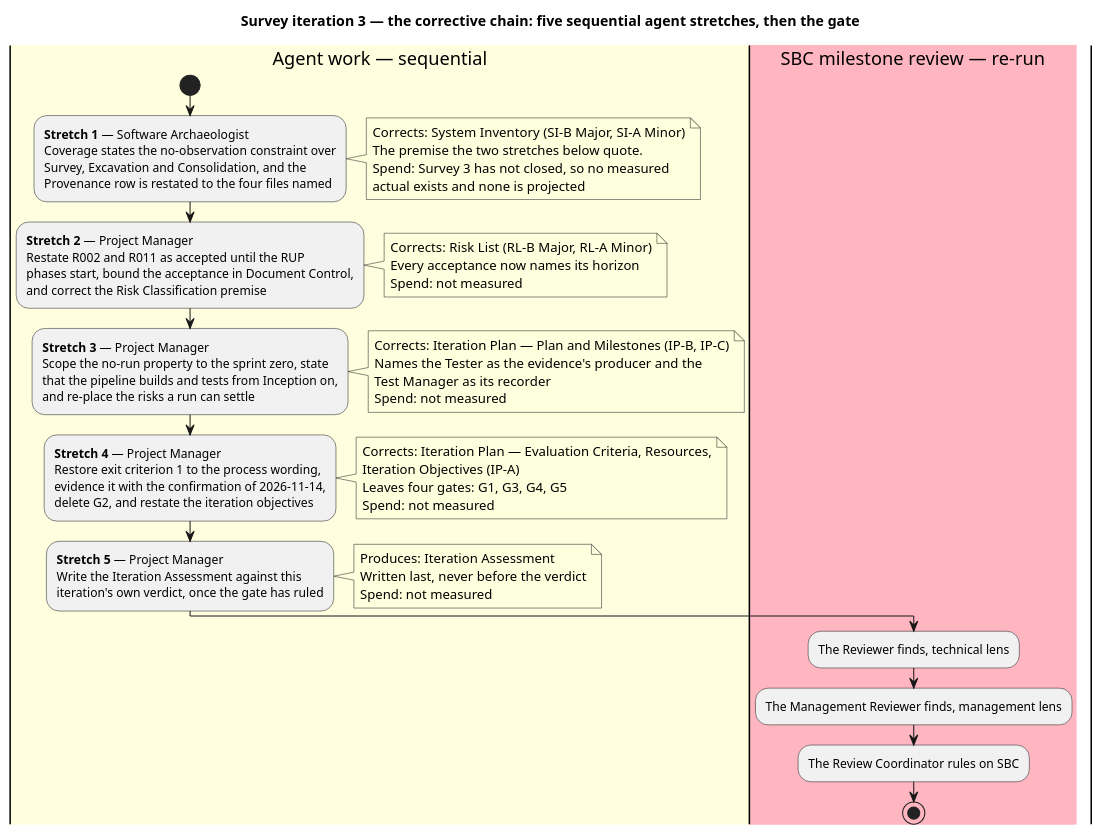
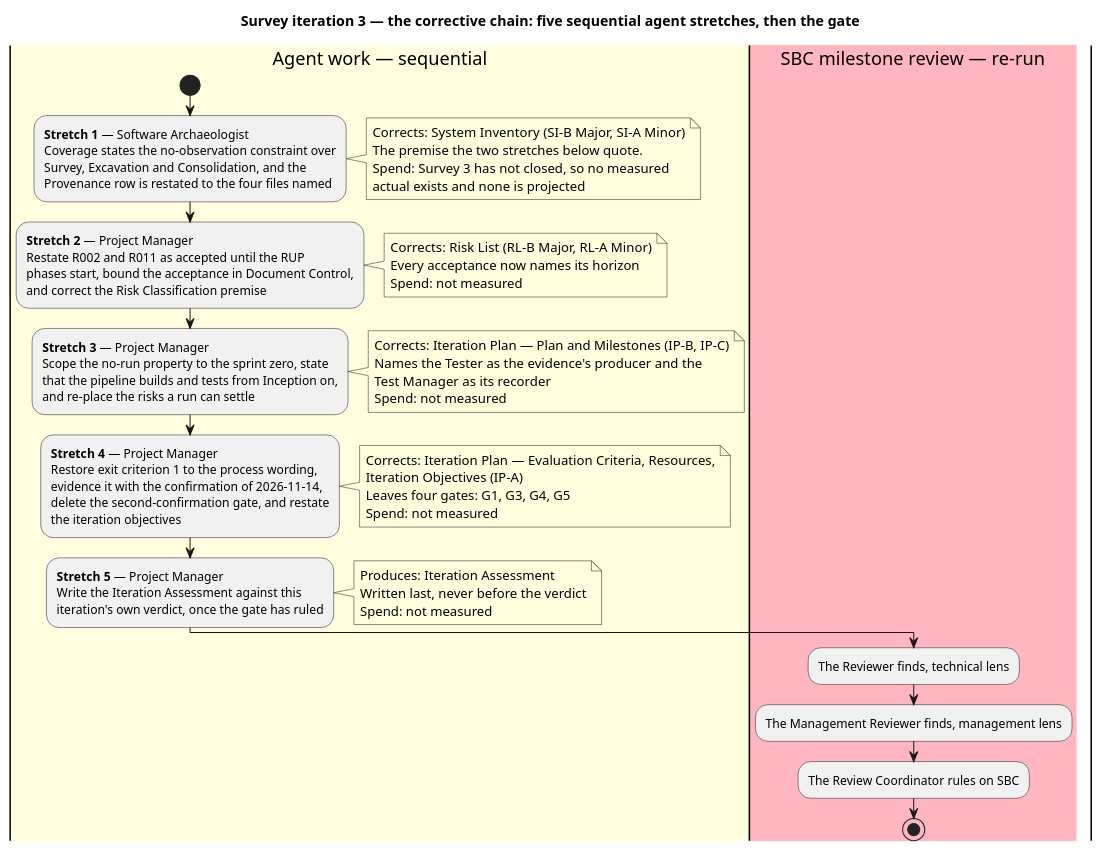
The first of 4 diagrams in docs/artifacts/project-management/iteration-plan.md (banense-test/TodoApp), drawn with PlantUML before and after one commit. The commit also changed other lines of this file, not shown here.

Commit message:
Project Manager [Survey3]: upsert Iteration Plan
[skip ci]

````diff
--- a/docs/artifacts/project-management/iteration-plan.md
+++ b/docs/artifacts/project-management/iteration-plan.md
@@ -16,67 +16,68 @@
 ```plantuml
 @startuml
 title Survey iteration 3 — the corrective chain: five sequential agent stretches, then the gate
-skinparam swimshadowing false
+skinparam shadowing false
 skinparam swimlaneWidth 200
 
 |#LightYellow|Agent work — sequential|
 start
 :<b>Stretch 1</b> — Software Archaeologist
 Coverage states the no-observation constraint over
 Survey, Excavation and Consolidation, and the
 Provenance row is restated to the four files named;
 note right
   Corrects: System Inventory (SI-B Major, SI-A Minor)
   The premise the two stretches below quote.
   Spend: Survey 3 has not closed, so no measured
   actual exists and none is projected
 end note
 
 :<b>Stretch 2</b> — Project Manager
 Restate R002 and R011 as accepted until the RUP
 phases start, bound the acceptance in Document Control,
 and correct the Risk Classification premise;
 note right
   Corrects: Risk List (RL-B Major, RL-A Minor)
   Every acceptance now names its horizon
   Spend: not measured
 end note
 
 :<b>Stretch 3</b> — Project Manager
 Scope the no-run property to the sprint zero, state
 that the pipeline builds and tests from Inception on,
 and re-place the risks a run can settle;
 note right
   Corrects: Iteration Plan — Plan and Milestones (IP-B, IP-C)
   Names the Tester as the evidence's producer and the
   Test Manager as its recorder
   Spend: not measured
 end note
 
 :<b>Stretch 4</b> — Project Manager
 Restore exit criterion 1 to the process wording,
 evidence it with the confirmation of 2026-11-14,
-delete G2, and restate the iteration objectives;
+delete the second-confirmation gate, and restate
+the iteration objectives;
 note right
   Corrects: Iteration Plan — Evaluation Criteria, Resources,
   Iteration Objectives (IP-A)
   Leaves four gates: G1, G3, G4, G5
   Spend: not measured
 end note
 
 :<b>Stretch 5</b> — Project Manager
 Write the Iteration Assessment against this
 iteration's own verdict, once the gate has ruled;
 note right
   Produces: Iteration Assessment
   Written last, never before the verdict
   Spend: not measured
 end note
 
 |#LightPink|SBC milestone review — re-run|
 :The Reviewer finds, technical lens;
 :The Management Reviewer finds, management lens;
 :The Review Coordinator rules on SBC;
 stop
 @enduml
 ```
````
